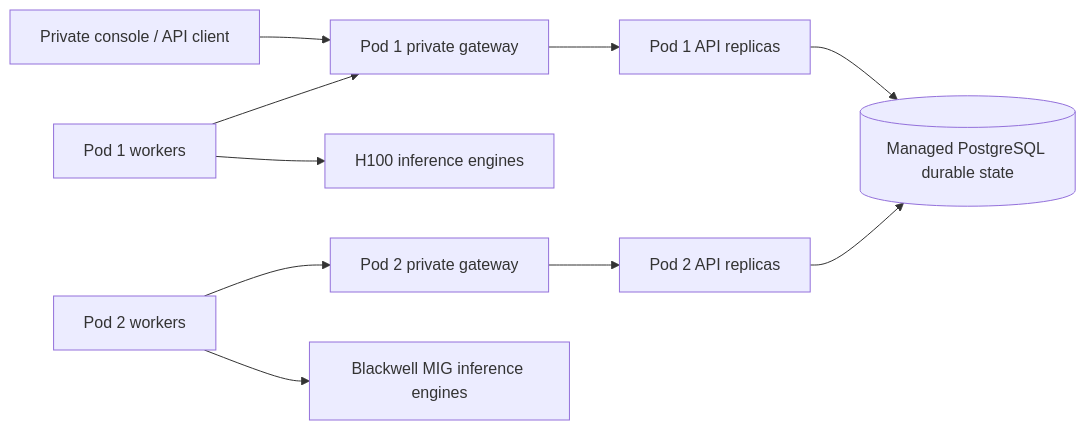
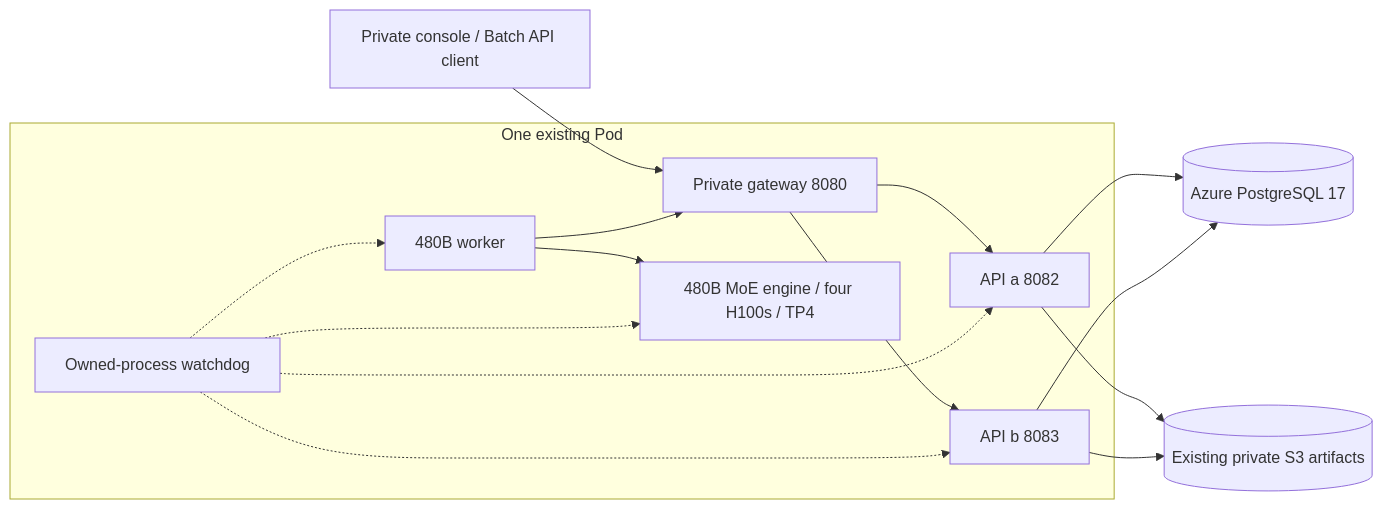
The diagram in docs/architecture.md (yinli-systems/batchforge), drawn with Mermaid before and after one commit. The commit also changed other lines of this file and 55 other files, not shown here.

Commit message:
Publish complete 10570-task quality gate failure, guarded API rollout, and real four-GPU endurance evidence

````diff
--- a/docs/architecture.md
+++ b/docs/architecture.md
@@ -3,12 +10,18 @@
 ```mermaid
 flowchart LR
-  Client[Private console / API client] --> G1[Pod 1 private gateway]
-  G1 --> A1[Pod 1 API replicas]
-  G2[Pod 2 private gateway] --> A2[Pod 2 API replicas]
-  A1 --> PG[(Managed PostgreSQL durable state)]
-  A2 --> PG
-  W1[Pod 1 workers] --> G1
-  W2[Pod 2 workers] --> G2
-  W1 --> E1[H100 inference engines]
-  W2 --> E2[Blackwell MIG inference engines]
+  Client[Private console / Batch API client] --> G[Private gateway 8080]
+  subgraph Pod[One existing Pod]
+    G --> A[API a 8082]
+    G --> B[API b 8083]
+    W[480B worker] --> G
+    W --> E[480B MoE engine / four H100s / TP4]
+    WD[Owned-process watchdog] -.-> A
+    WD -.-> B
+    WD -.-> W
+    WD -.-> E
+  end
+  A --> PG[(Azure PostgreSQL 17)]
+  B --> PG
+  A --> S3[(Existing private S3 artifacts)]
+  B --> S3
 ```
````
